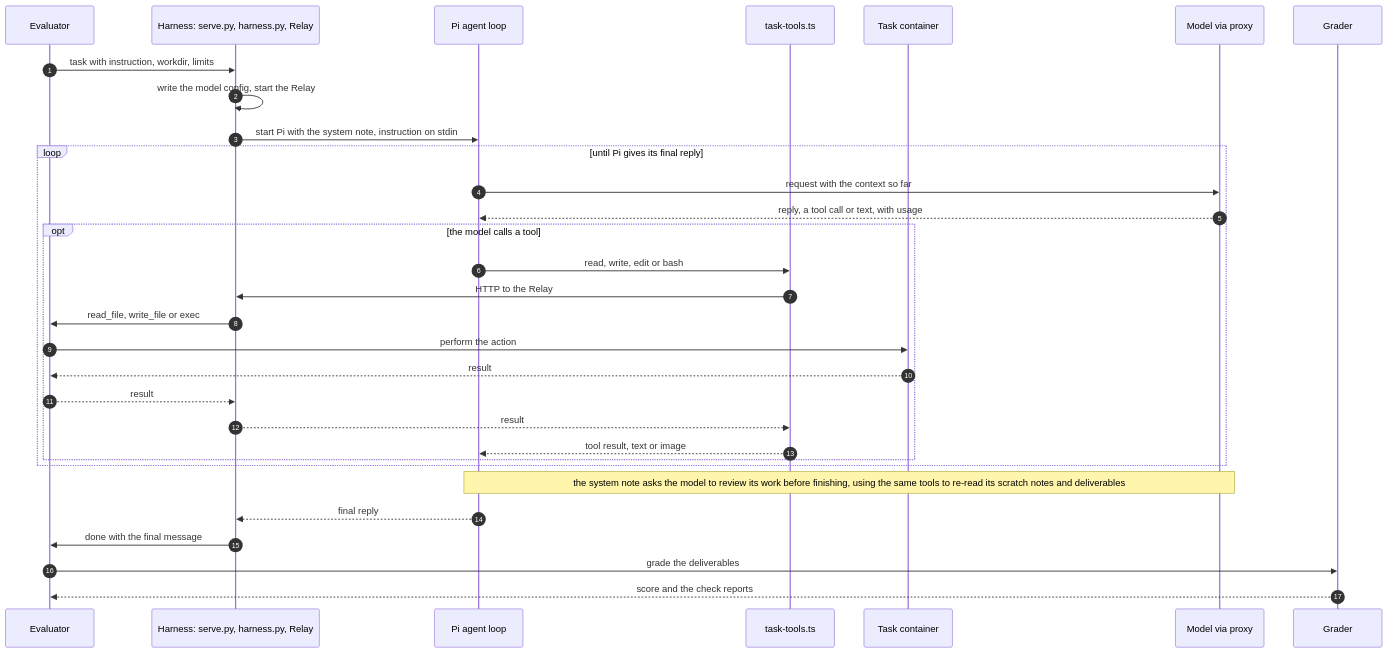
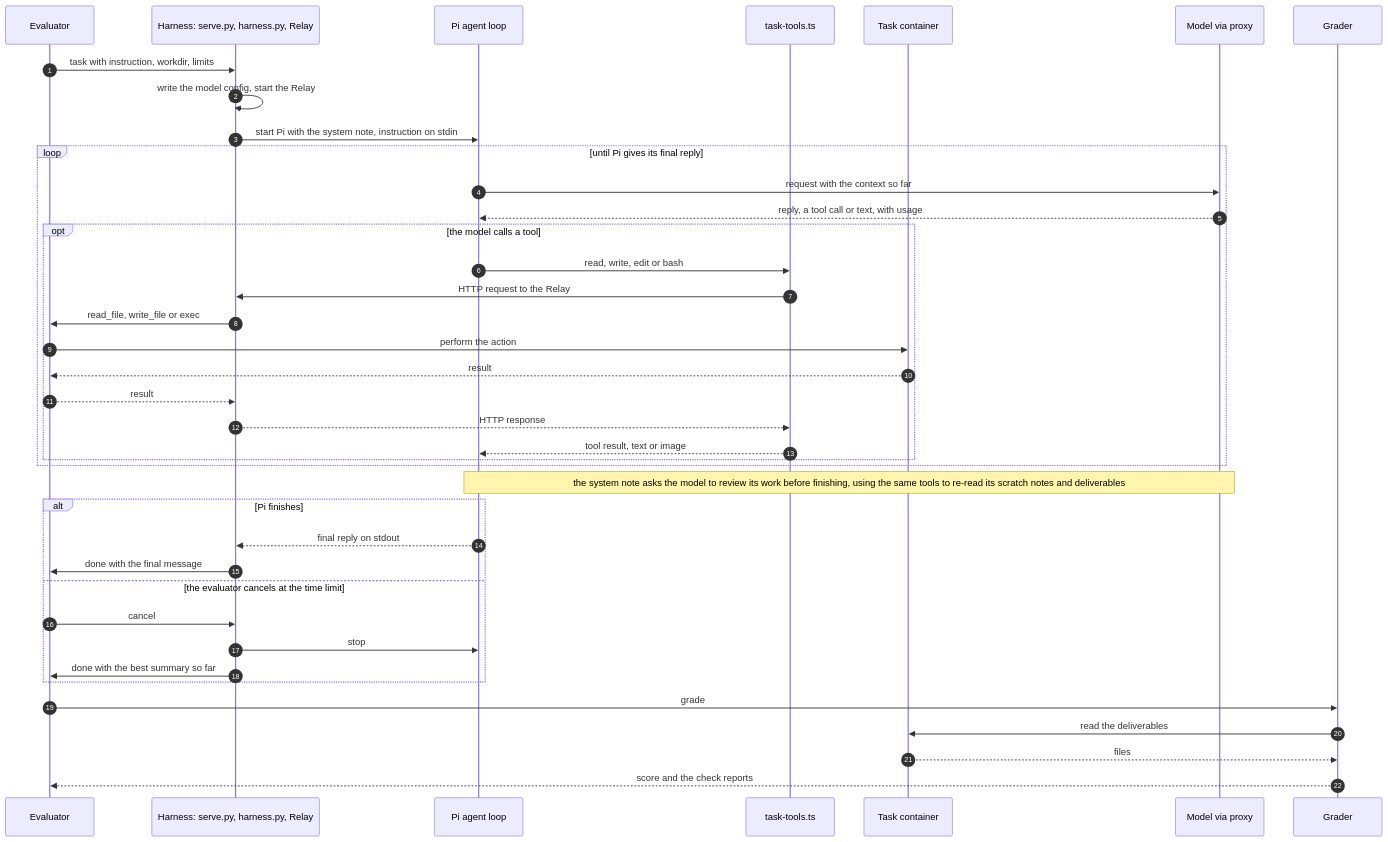
Before and after one commit to SophusRosendahl/ple-submission: the second of 5 diagrams in docs/architecture-rung1.md, drawn with Mermaid. The commit also changed other lines of this file, not shown here.

First line of the commit message:
Rung 1 UML review: request and response shown on every channel (double-headed arrows, legend), cancel path in the sequence, external and config stereotypes in the class diagram, top-down deployment

````diff
--- a/docs/architecture-rung1.md
+++ b/docs/architecture-rung1.md
@@ -77,33 +86,41 @@
 ```mermaid
 sequenceDiagram
   autonumber
   participant E as Evaluator
   participant S as Harness: serve.py, harness.py, Relay
   participant P as Pi agent loop
   participant X as task-tools.ts
   participant T as Task container
   participant M as Model via proxy
   participant G as Grader
   E->>S: task with instruction, workdir, limits
   S->>S: write the model config, start the Relay
   S->>P: start Pi with the system note, instruction on stdin
   loop until Pi gives its final reply
     P->>M: request with the context so far
     M-->>P: reply, a tool call or text, with usage
     opt the model calls a tool
       P->>X: read, write, edit or bash
-      X->>S: HTTP to the Relay
+      X->>S: HTTP request to the Relay
       S->>E: read_file, write_file or exec
       E->>T: perform the action
       T-->>E: result
       E-->>S: result
-      S-->>X: result
+      S-->>X: HTTP response
       X-->>P: tool result, text or image
     end
   end
   Note over P,M: the system note asks the model to review its work before finishing, using the same tools to re-read its scratch notes and deliverables
-  P-->>S: final reply
-  S->>E: done with the final message
-  E->>G: grade the deliverables
+  alt Pi finishes
+    P-->>S: final reply on stdout
+    S->>E: done with the final message
+  else the evaluator cancels at the time limit
+    E->>S: cancel
+    S->>P: stop
+    S->>E: done with the best summary so far
+  end
+  E->>G: grade
+  G->>T: read the deliverables
+  T-->>G: files
   G-->>E: score and the check reports
 ```
````
